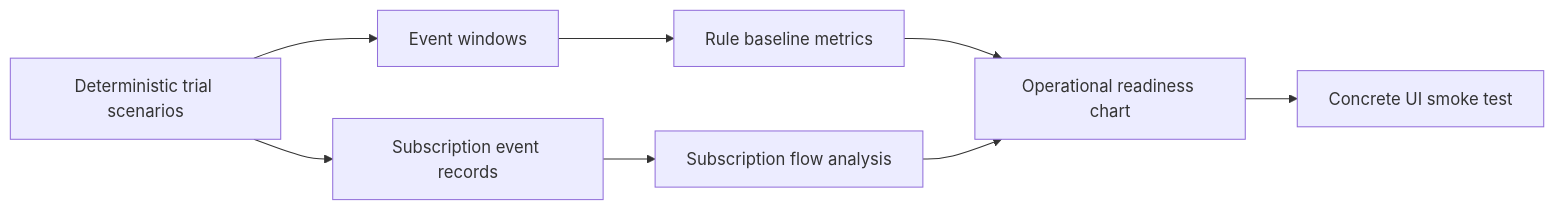
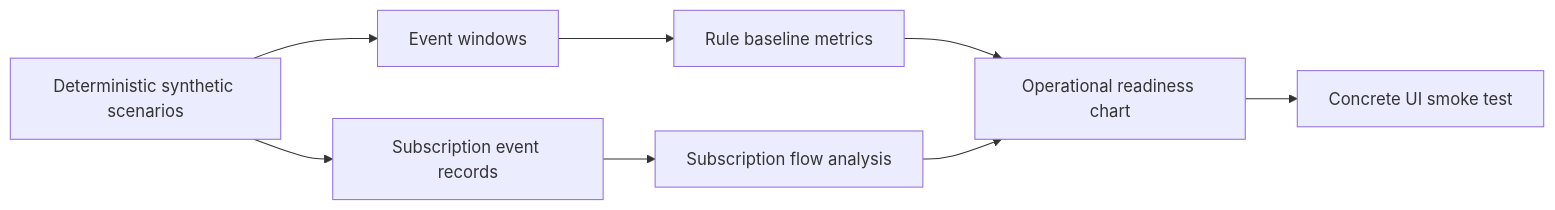
Before and after one commit to inimatic/adaos-registry: the third of 5 diagrams in skills/ai_event_analysis_skill/README.md, drawn with Mermaid. The commit also changed other lines of this file and 5 other files, not shown here.

Commit message:
feat: add real event trial runner

````diff
--- a/skills/ai_event_analysis_skill/README.md
+++ b/skills/ai_event_analysis_skill/README.md
@@ -268,10 +272,10 @@
 ```mermaid
 flowchart LR
-  A[Deterministic trial scenarios] --> B[Event windows]
+  A[Deterministic synthetic scenarios] --> B[Event windows]
   A --> C[Subscription event records]
   B --> D[Rule baseline metrics]
   C --> E[Subscription flow analysis]
   D --> F[Operational readiness chart]
   E --> F
   F --> G[Concrete UI smoke test]
 ```
````
